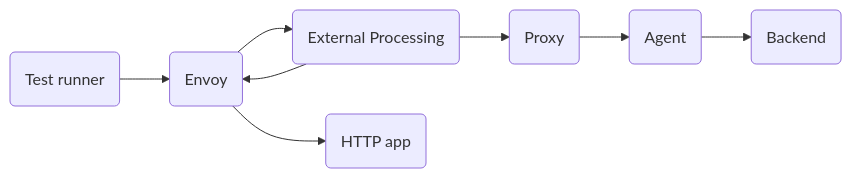
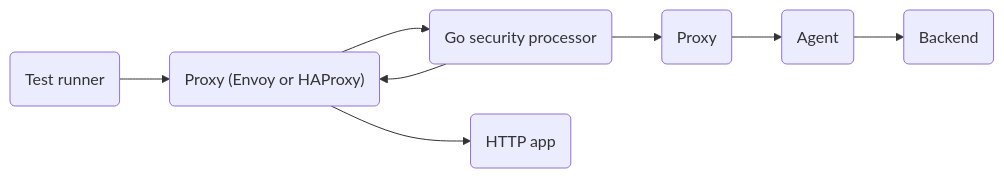
The diagram in docs/scenarios/external_processing.md (DataDog/system-tests), drawn with Mermaid before and after one commit. The commit also changed 22 other files, not shown here.

````diff
--- a/docs/scenarios/external_processing.md
+++ b/docs/scenarios/external_processing.md
@@ -1,17 +1,17 @@
 ```mermaid
 flowchart LR
 %% Nodes
     A("Test runner")
-    B("Envoy")
-    C("External Processing")
+    B("Proxy (Envoy or HAProxy)")
+    C("Go security processor")
     D("HTTP app")
     E("Proxy")
     F("Agent")
     G("Backend")
 
 %% Edge connections between nodes
     A --> B --> D
     B --> C --> B
     C --> E --> F --> G
     %% D -- Mermaid js --> I --> J
 ```
````
